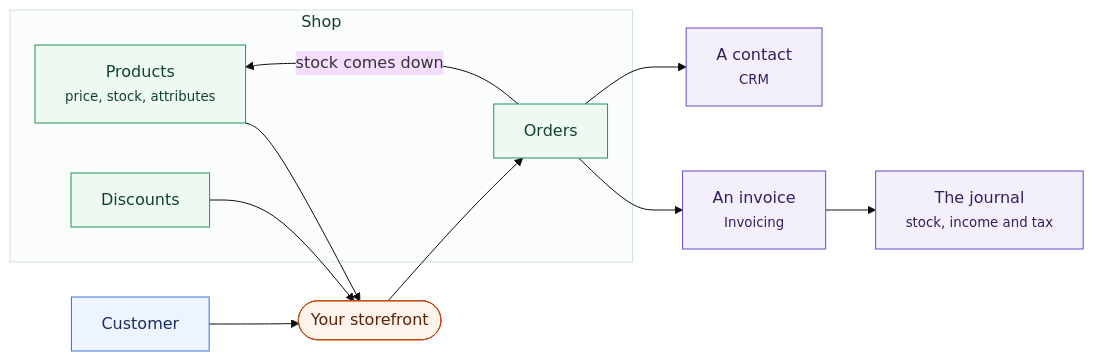
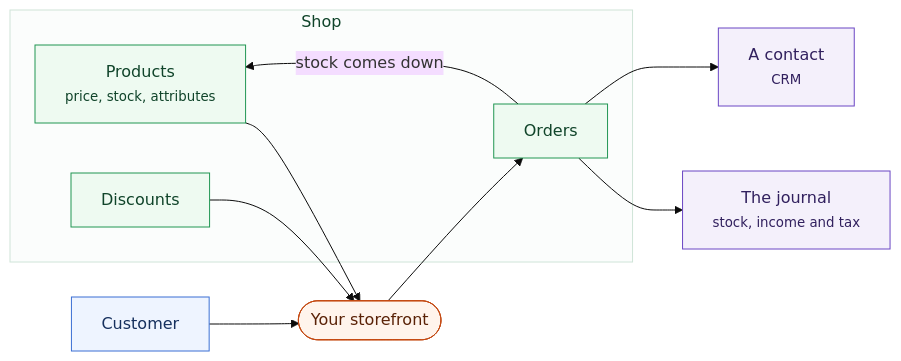
Before and after one commit to Sentrello/Sentrello: the diagram in docs/site/05-modules/shop.md, drawn with Mermaid (base theme). The commit also changed 13 other files, not shown here.

````diff
--- a/docs/site/05-modules/shop.md
+++ b/docs/site/05-modules/shop.md
@@ -16,25 +16,24 @@
 ```mermaid
 flowchart LR
   classDef screen fill:#eef4ff,stroke:#3b6fd4,color:#16305e
   classDef own fill:#eefaf1,stroke:#219653,color:#10442a
   classDef out fill:#f4f0fb,stroke:#6b47c4,color:#31205e
   classDef pub fill:#fff4ec,stroke:#c4470f,color:#5a2207
   subgraph OWN[" Shop "]
     P["Products<br/><small>price, stock, attributes</small>"]:::own
     O["Orders"]:::own
     D["Discounts"]:::own
   end
   SF(["Your storefront"]):::pub
   CUST["Customer"]:::screen
-  INV["An invoice<br/><small>Invoicing</small>"]:::out
   LED["The journal<br/><small>stock, income and tax</small>"]:::out
   CRM["A contact<br/><small>CRM</small>"]:::out
 
   CUST --> SF --> O
   P --> SF
   D --> SF
-  O --> INV --> LED
+  O --> LED
   O --> CRM
   O -->|"stock comes down"| P
   style OWN fill:#fbfdfc,stroke:#cfe4d8,color:#10442a
 ```
````
